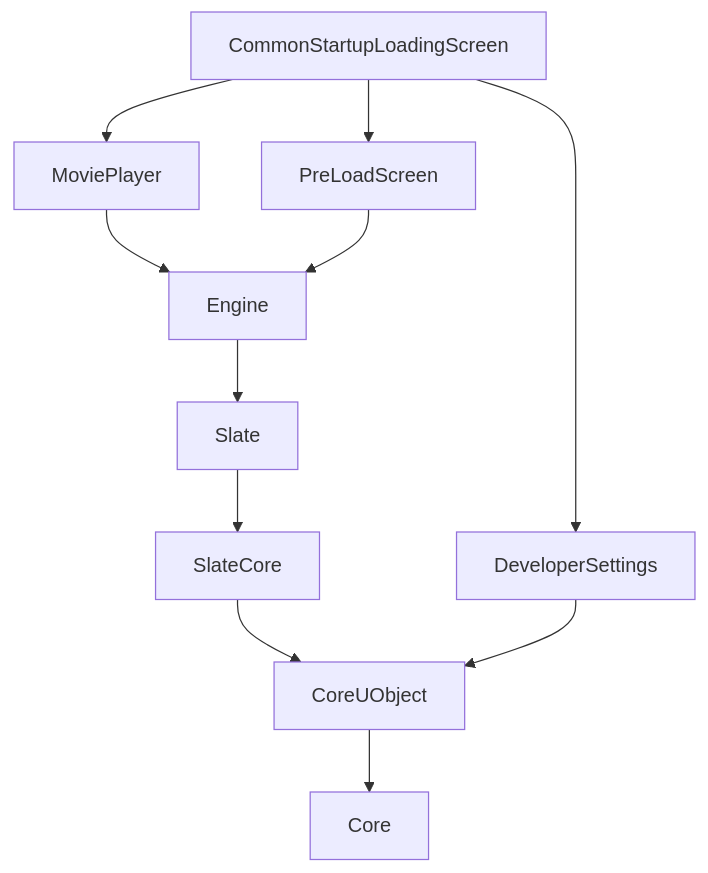
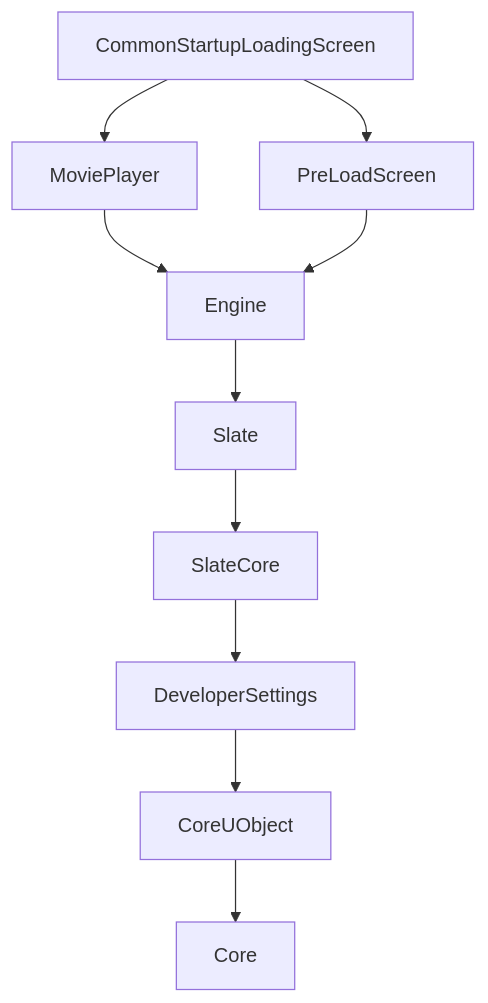
One commit to D-BugMaker/Markdown changed the first of 9 diagrams in 技术文档/技术调研/CommonLoadingScreen.md. Above: the diagram before and after it, drawn with Mermaid. The commit also changed other lines of this file, not shown here.

Commit message:
CommonLoadingScreen调研

````diff
--- a/技术文档/技术调研/CommonLoadingScreen.md
+++ b/技术文档/技术调研/CommonLoadingScreen.md
@@ -85,22 +85,21 @@
 ```mermaid
 
 graph TD
     CommonStartupLoadingScreen --> MoviePlayer
     CommonStartupLoadingScreen --> PreLoadScreen
-    CommonStartupLoadingScreen --> DeveloperSettings
-
+    
+    MoviePlayer --> Engine
+    
+    PreLoadScreen --> Engine
+    
+    Engine --> Slate
+    
+    Slate --> SlateCore
+    
+    SlateCore --> DeveloperSettings
+    
+    DeveloperSettings --> CoreUObject
+    
     CoreUObject --> Core
 
-    Engine --> Slate
-
-    SlateCore --> CoreUObject
-
-    Slate --> SlateCore
-
-    MoviePlayer --> Engine
-
-    PreLoadScreen --> Engine
-
-    DeveloperSettings --> CoreUObject
-
 ```
````
